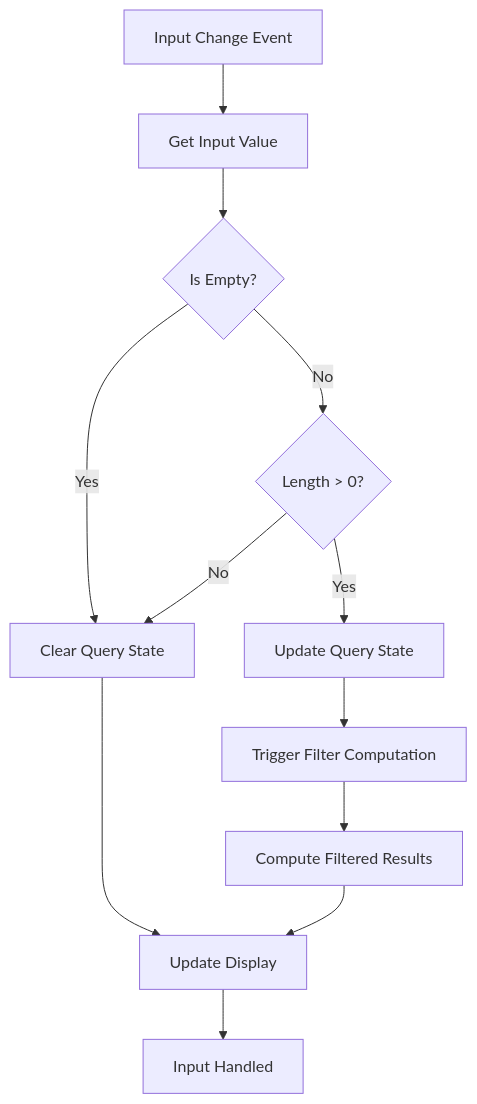
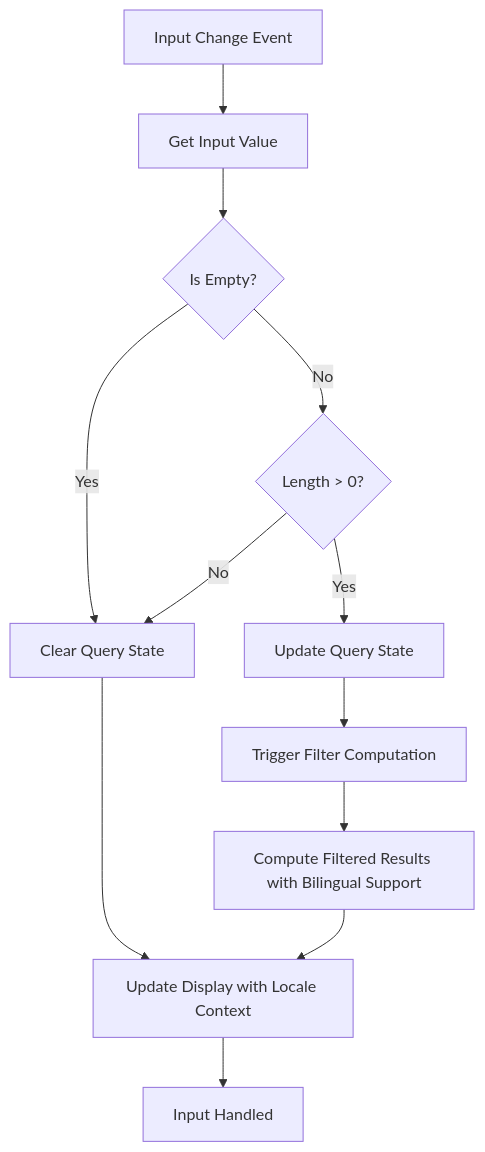
The sixth of 10 diagrams in .qoder/repowiki/en/content/Layout & Navigation/Search Overlay System.md (erdemerciyas/bgts), drawn with Mermaid before and after one commit. The commit also changed other lines of this file and 21 other files, not shown here.

````diff
--- a/.qoder/repowiki/en/content/Layout & Navigation/Search Overlay System.md
+++ b/.qoder/repowiki/en/content/Layout & Navigation/Search Overlay System.md
@@ -307,14 +368,14 @@
 ```mermaid
 flowchart TD
 InputReceived[Input Change Event] --> GetInput[Get Input Value]
 GetInput --> CheckEmpty{Is Empty?}
 CheckEmpty --> |Yes| ClearQuery[Clear Query State]
 CheckEmpty --> |No| ValidateLength{Length > 0?}
 ValidateLength --> |No| ClearQuery
 ValidateLength --> |Yes| SetState[Update Query State]
 SetState --> TriggerFilter[Trigger Filter Computation]
-TriggerFilter --> ComputeResults[Compute Filtered Results]
-ComputeResults --> UpdateDisplay[Update Display]
+TriggerFilter --> ComputeResults[Compute Filtered Results with Bilingual Support]
+ComputeResults --> UpdateDisplay[Update Display with Locale Context]
 ClearQuery --> UpdateDisplay
 UpdateDisplay --> End[Input Handled]
 ```
````
